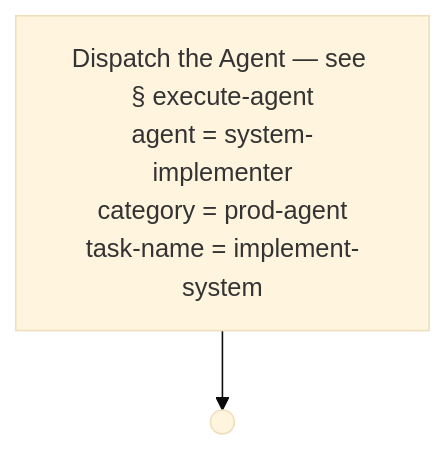
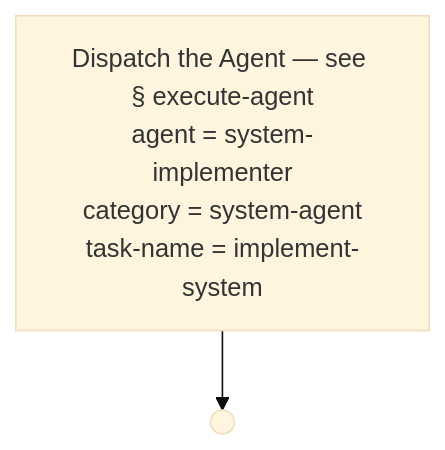
Before and after one commit to optivem/gh-optivem: diagram 27 of 54 in docs/process-diagram.md, drawn with Mermaid (base theme). The commit also changed other lines of this file and 12 other files, not shown here.

Commit message:
atdd: regenerate process-flow diagram

````diff
--- a/docs/process-diagram.md
+++ b/docs/process-diagram.md
@@ -582,7 +582,7 @@
 ```mermaid
 flowchart TD
-    EXECUTE_AGENT["Dispatch the Agent — see § execute-agent<br/>agent = system-implementer<br/>category = prod-agent<br/>task-name = implement-system"]
+    EXECUTE_AGENT["Dispatch the Agent — see § execute-agent<br/>agent = system-implementer<br/>category = system-agent<br/>task-name = implement-system"]
     IMPL_SYS_END(( ))
 
     EXECUTE_AGENT --> IMPL_SYS_END
 ```
````
